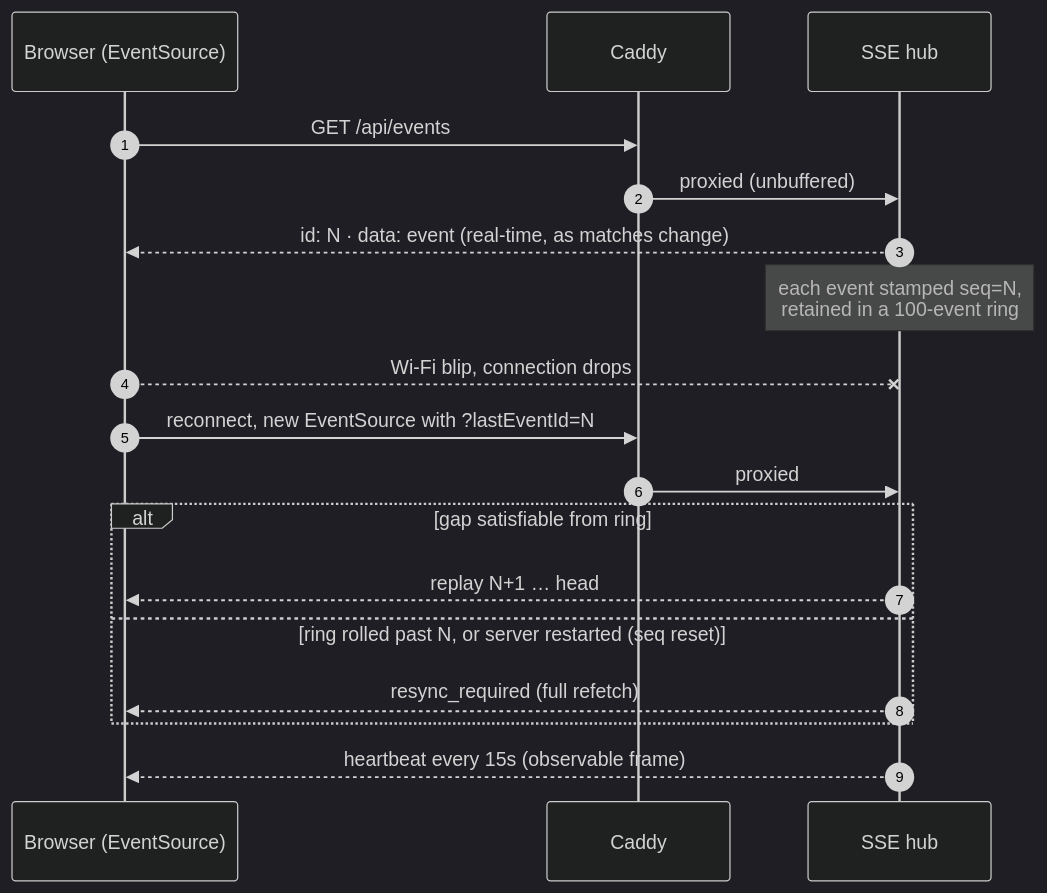
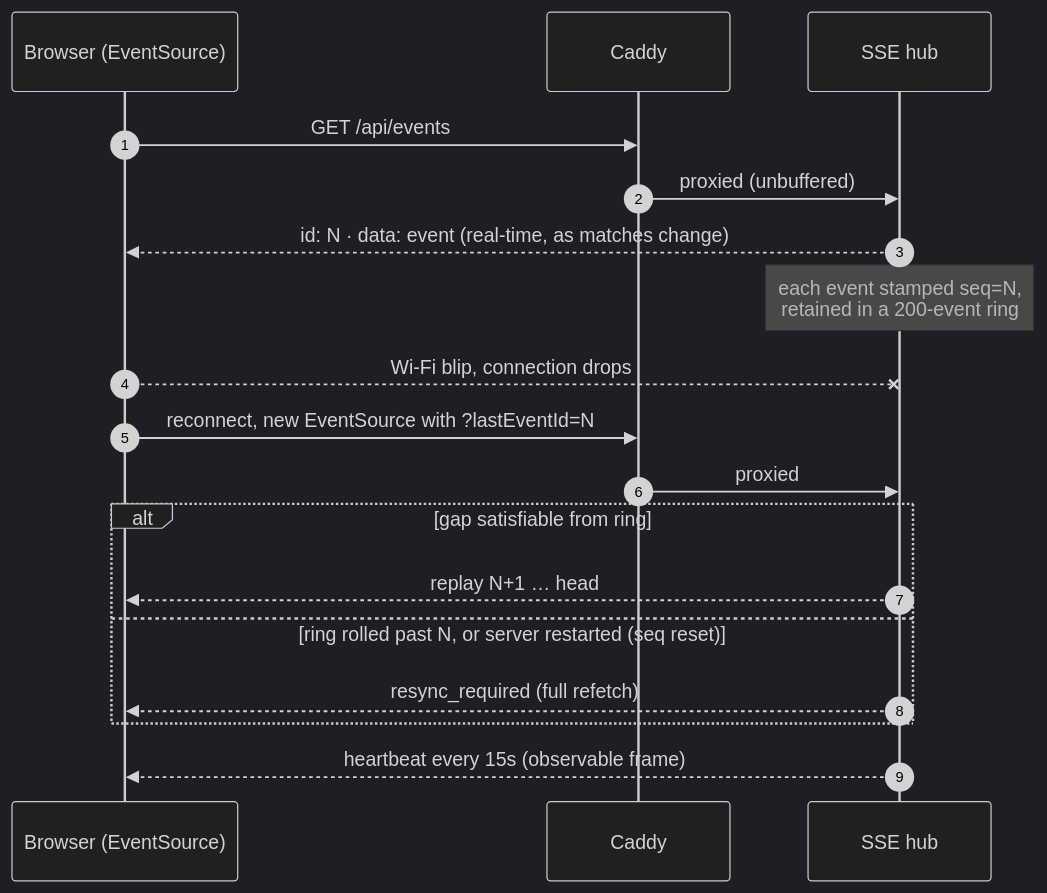
The third of 6 diagrams in docs/architecture/network-architecture.md (gitrgoliveira/bracket-creator), drawn with Mermaid (dark theme) before and after one commit. The commit also changed other lines of this file and 3 other files, not shown here.

````diff
--- a/docs/architecture/network-architecture.md
+++ b/docs/architecture/network-architecture.md
@@ -72,21 +72,21 @@
 ```mermaid
 sequenceDiagram
     autonumber
     participant B as Browser (EventSource)
     participant C as Caddy
     participant H as SSE hub
 
     B->>C: GET /api/events
     C->>H: proxied (unbuffered)
     H-->>B: id: N · data: event   (real-time, as matches change)
-    Note over H: each event stamped seq=N,<br/>retained in a 100-event ring
+    Note over H: each event stamped seq=N,<br/>retained in a 200-event ring
     B--xH: Wi-Fi blip, connection drops
     B->>C: reconnect, new EventSource with ?lastEventId=N
     C->>H: proxied
     alt gap satisfiable from ring
         H-->>B: replay N+1 … head
     else ring rolled past N, or server restarted (seq reset)
         H-->>B: resync_required (full refetch)
     end
     H-->>B: heartbeat every 15s (observable frame)
 ```
````
